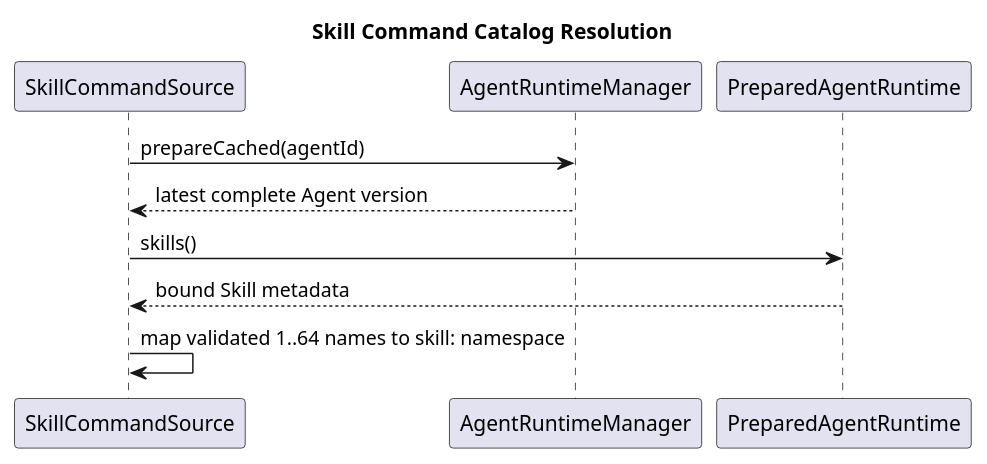
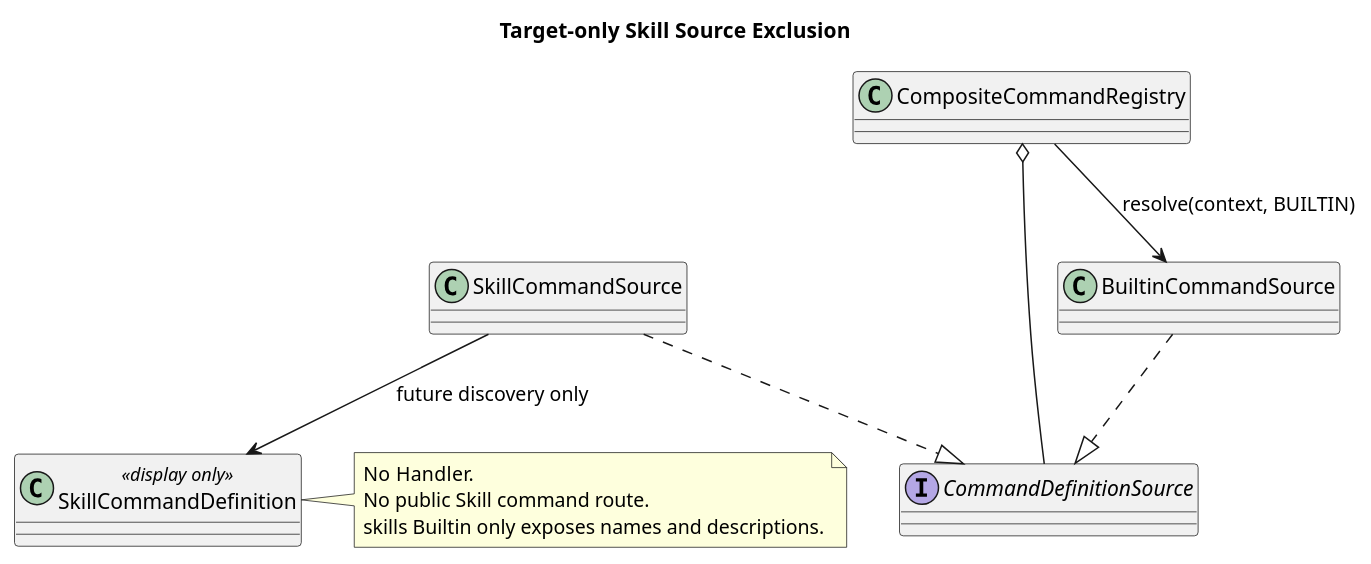
Before and after one commit to ssm0808/pi-mono-java-design: the diagram in 04-命令与技能/02-技能命令/设计图/diagram.puml, drawn with PlantUML. The commit also changed other lines of this file and 47 other files, not shown here.

Commit message:
docs(command): 收敛 Builtin JSON 契约与分层交付

```diff
--- a/04-命令与技能/02-技能命令/设计图/diagram.puml
+++ b/04-命令与技能/02-技能命令/设计图/diagram.puml
@@ -1,19 +1,21 @@
 @startuml skill_catalog
-title Skill Command Catalog Resolution
+title Target-only Skill Source Exclusion
+' Source evidence: pi-mono-java@0bb794f2 modules/coding-agent-cli/src/main/java/com/campusclaw/codingagent/runtimeapi/command/SkillCommandSource.java list.
+' Product constraint: Skill execution is deferred; Builtin HTTP must not resolve dynamic Skill sources.
 skinparam shadowing false
-
-' Source evidence: pi-mono-java@c1311f69 mate-campusclaw/src/main/java/com/huawei/hicampus/mate/matecampusclaw/codingagent/runtime/PreparedAgentRuntime.java:57-95
-' Source evidence: pi-mono@4af9d21d packages/coding-agent/src/modes/interactive/interactive-mode.ts:754-765
-' Observed behavior: both runtimes expose direct bound Skill name indexes.
-' Target design: every bound Skill is user-invocable under the skill: namespace.
-
-participant SkillCommandSource as Source
-participant AgentRuntimeManager as Runtime
-participant PreparedAgentRuntime as Snapshot
-
-Source -> Runtime : prepareCached(agentId)
-Runtime --> Source : latest complete Agent version
-Source -> Snapshot : skills()
-Snapshot --> Source : bound Skill metadata
-Source -> Source : map validated 1..64 names to skill: namespace
+class CompositeCommandRegistry
+interface CommandDefinitionSource
+class BuiltinCommandSource
+class SkillCommandSource
+class SkillCommandDefinition <<display only>>
+BuiltinCommandSource ..|> CommandDefinitionSource
+SkillCommandSource ..|> CommandDefinitionSource
+CompositeCommandRegistry o-- CommandDefinitionSource
+CompositeCommandRegistry --> BuiltinCommandSource : resolve(context, BUILTIN)
+SkillCommandSource --> SkillCommandDefinition : future discovery only
+note right of SkillCommandDefinition
+No Handler.
+No public Skill command route.
+skills Builtin only exposes names and descriptions.
+end note
 @enduml
```
